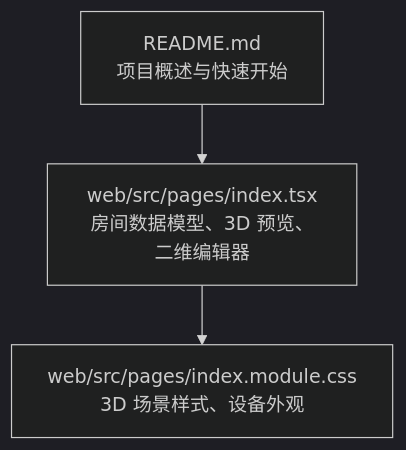
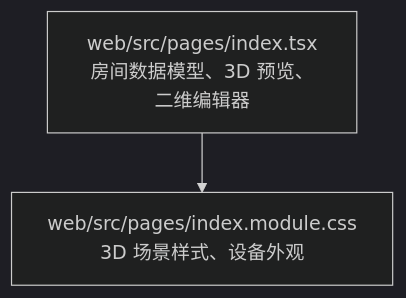
Before and after one commit to zh79325/opple-cloud-adapter: the first of 9 diagrams in .qoder/repowiki/zh/content/Web控制台/3D空间建模.md, drawn with Mermaid (dark theme). The commit also changed other lines of this file and 28 other files, not shown here.

````diff
--- a/.qoder/repowiki/zh/content/Web控制台/3D空间建模.md
+++ b/.qoder/repowiki/zh/content/Web控制台/3D空间建模.md
@@ -38,5 +40,4 @@
 ```mermaid
 graph TB
-A["README.md<br/>项目概述与快速开始"] --> B["web/src/pages/index.tsx<br/>房间数据模型、3D 预览、二维编辑器"]
-B --> C["web/src/pages/index.module.css<br/>3D 场景样式、设备外观"]
+A["web/src/pages/index.tsx<br/>房间数据模型、3D 预览、二维编辑器"] --> B["web/src/pages/index.module.css<br/>3D 场景样式、设备外观"]
 ```
````
